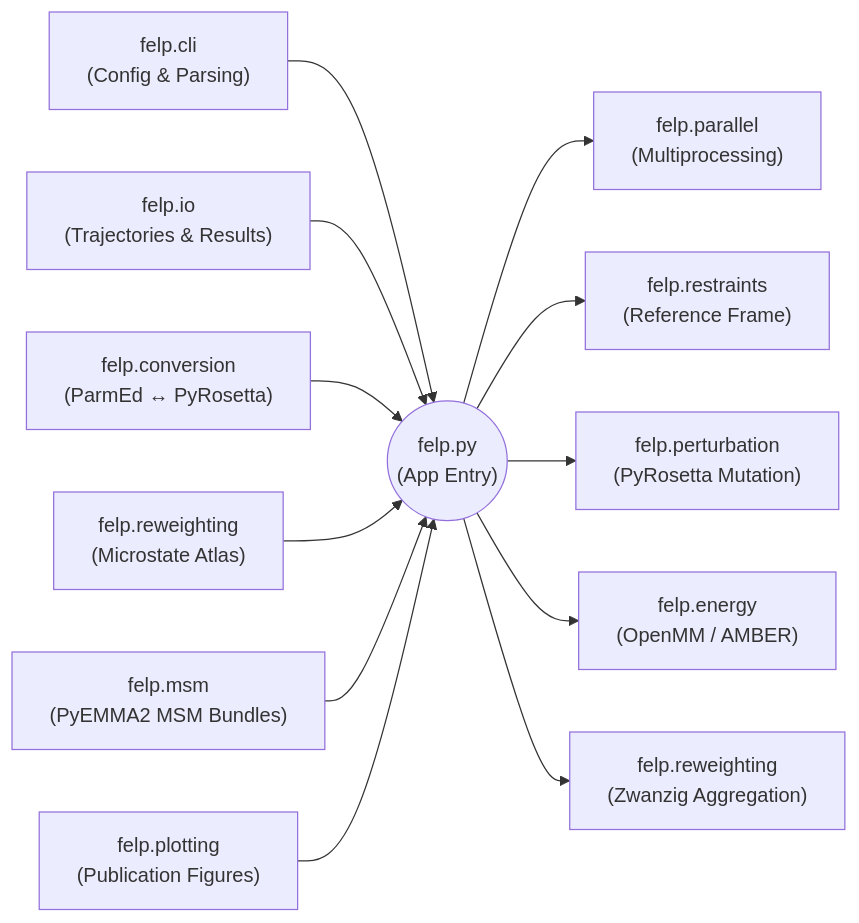
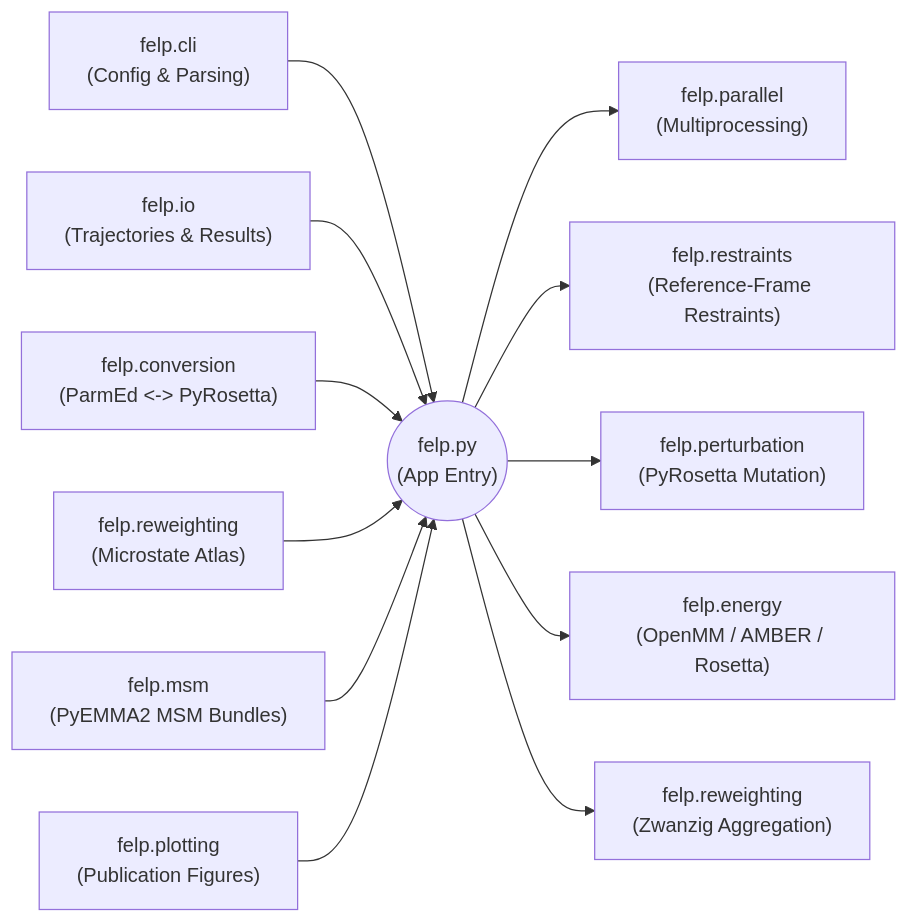
One commit to bpBrownLab/FELP changed the diagram in README.md. Above: the diagram before and after it, drawn with Mermaid. The commit also changed other lines of this file, not shown here.

````diff
--- a/README.md
+++ b/README.md
@@ -11,20 +237,17 @@
 ```mermaid
 flowchart LR
-    %% Central Spine
     Spine(("felp.py\n(App Entry)"))
-    
-    %% Top Ribs (Setup & Data)
+
     CLI["felp.cli\n(Config & Parsing)"] --> Spine
     IO["felp.io\n(Trajectories & Results)"] --> Spine
-    Conv["felp.conversion\n(ParmEd ↔ PyRosetta)"] --> Spine
+    Conv["felp.conversion\n(ParmEd <-> PyRosetta)"] --> Spine
     Atlas["felp.reweighting\n(Microstate Atlas)"] --> Spine
     MSM["felp.msm\n(PyEMMA2 MSM Bundles)"] --> Spine
     Plot["felp.plotting\n(Publication Figures)"] --> Spine
-    
-    %% Bottom Ribs (Compute & Physics)
+
     Spine --> Par["felp.parallel\n(Multiprocessing)"]
-    Spine --> Rest["felp.restraints\n(Reference Frame)"]
+    Spine --> Rest["felp.restraints\n(Reference-Frame Restraints)"]
     Spine --> Pert["felp.perturbation\n(PyRosetta Mutation)"]
-    Spine --> Eng["felp.energy\n(OpenMM / AMBER)"]
+    Spine --> Eng["felp.energy\n(OpenMM / AMBER / Rosetta)"]
     Spine --> Agg["felp.reweighting\n(Zwanzig Aggregation)"]
 ```
````
